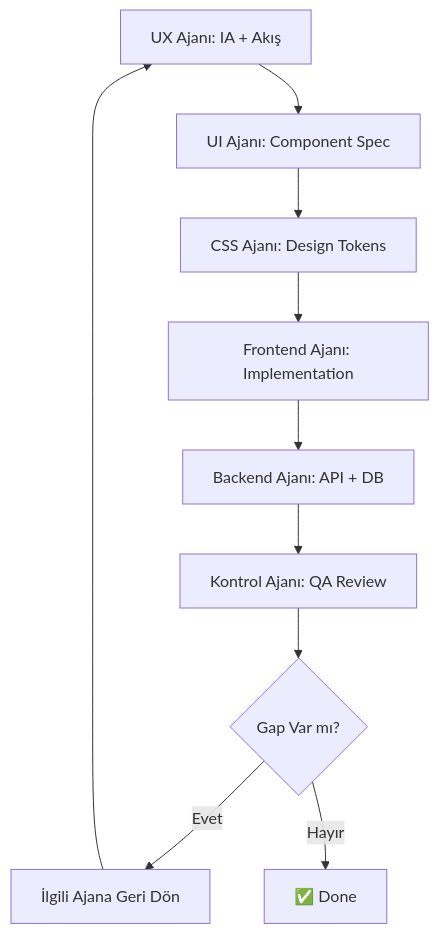
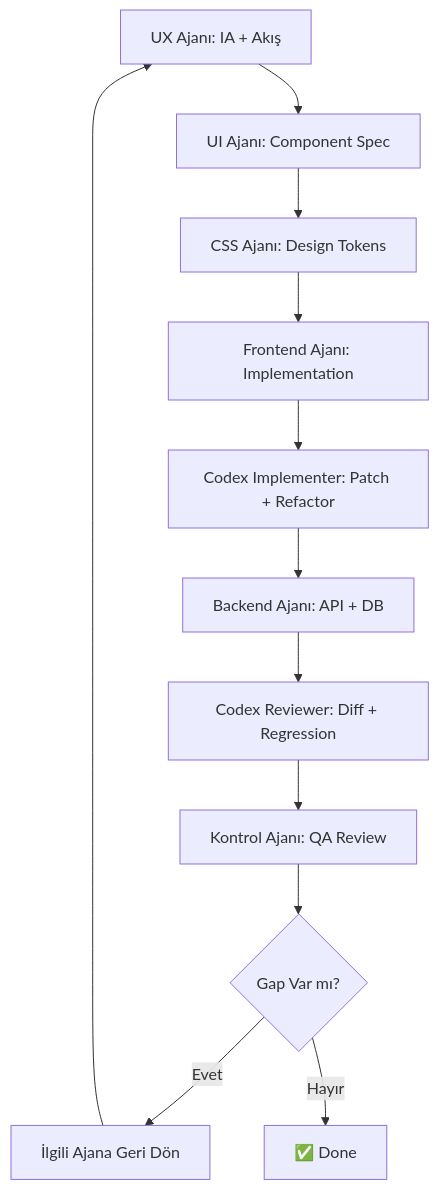
Before and after one commit to arslanibrahim95/prosektorweb_dashboard: the second of 6 diagrams in docs/agents.md, drawn with Mermaid. The commit also changed other lines of this file and 1 other file, not shown here.

````diff
--- a/docs/agents.md
+++ b/docs/agents.md
@@ -135,12 +144,14 @@
 ```mermaid
 flowchart TD
     A[UX Ajanı: IA + Akış] --> B[UI Ajanı: Component Spec]
     B --> C[CSS Ajanı: Design Tokens]
     C --> D[Frontend Ajanı: Implementation]
-    D --> E[Backend Ajanı: API + DB]
-    E --> F[Kontrol Ajanı: QA Review]
+    D --> D1[Codex Implementer: Patch + Refactor]
+    D1 --> E[Backend Ajanı: API + DB]
+    E --> E1[Codex Reviewer: Diff + Regression]
+    E1 --> F[Kontrol Ajanı: QA Review]
     F --> G{Gap Var mı?}
     G -->|Evet| H[İlgili Ajana Geri Dön]
     G -->|Hayır| I[✅ Done]
     H --> A
 ```
````
